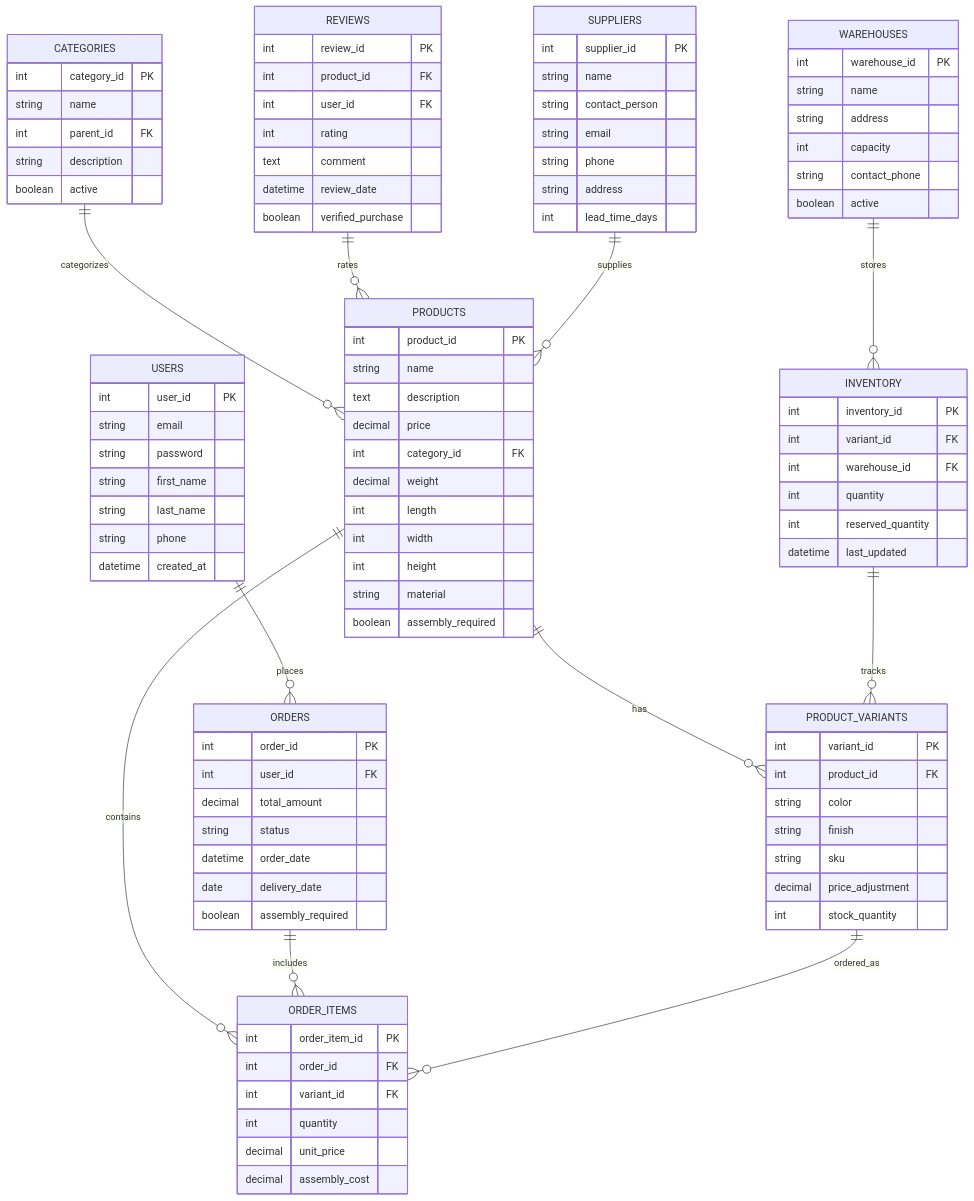
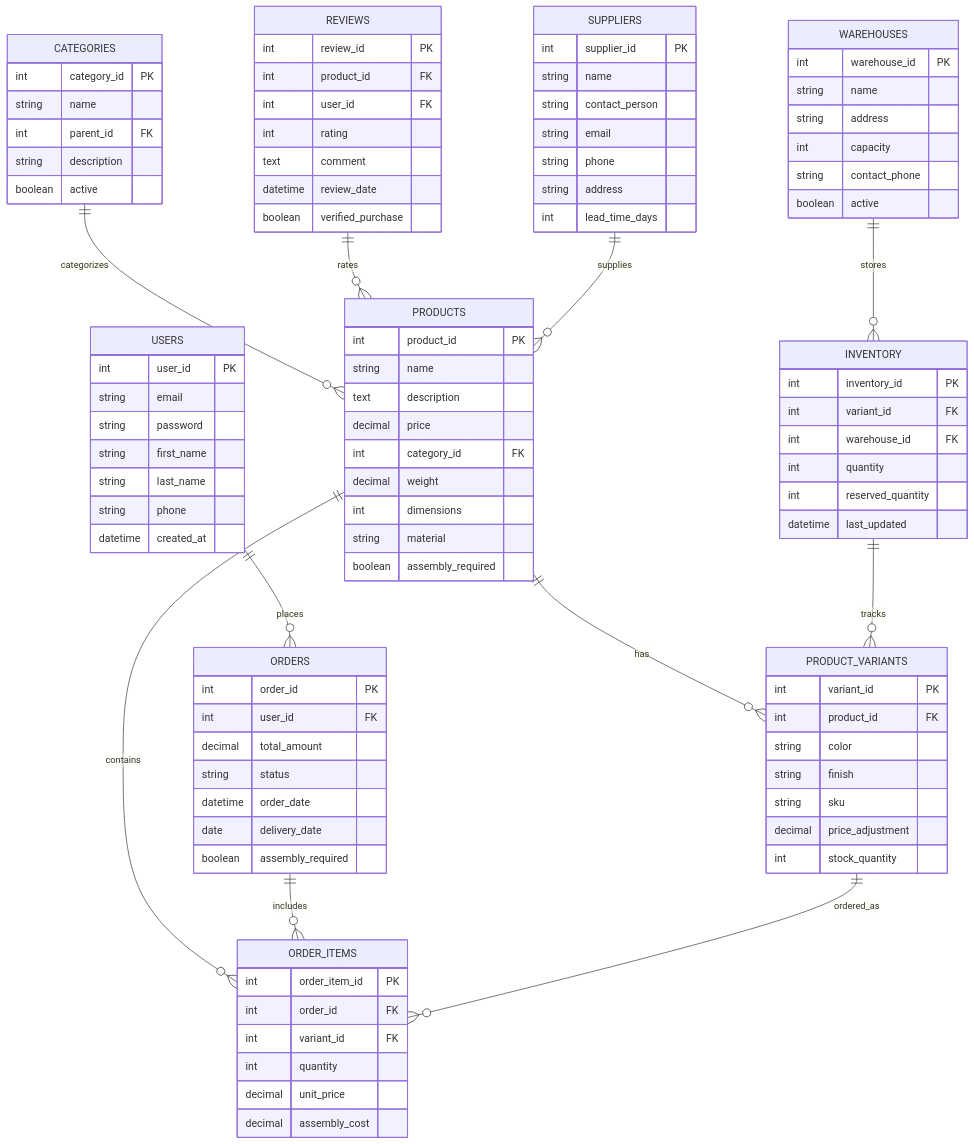
One commit to Akanksha-codes/furniture-webshop changed the diagram in furniture-db-diagram-clear.mermaid. Above: the diagram before and after it, drawn with Mermaid.

```diff
--- a/furniture-db-diagram-clear.mermaid
+++ b/furniture-db-diagram-clear.mermaid
@@ -1,109 +1,107 @@
 erDiagram
     USERS ||--o{ ORDERS : places
     USERS {
         int user_id PK
         string email
         string password
         string first_name
         string last_name
         string phone
         datetime created_at
     }
     
     PRODUCTS ||--o{ PRODUCT_VARIANTS : has
     PRODUCTS ||--o{ ORDER_ITEMS : contains
     PRODUCTS {
         int product_id PK
         string name
         text description
         decimal price
         int category_id FK
         decimal weight
-        int length
-        int width
-        int height
+        int dimensions
         string material
         boolean assembly_required
     }
 
     CATEGORIES ||--o{ PRODUCTS : categorizes
     CATEGORIES {
         int category_id PK
         string name
         int parent_id FK
         string description
         boolean active
     }
 
     ORDERS ||--o{ ORDER_ITEMS : includes
     ORDERS {
         int order_id PK
         int user_id FK
         decimal total_amount
         string status
         datetime order_date
         date delivery_date
         boolean assembly_required
     }
 
     PRODUCT_VARIANTS ||--o{ ORDER_ITEMS : ordered_as
     PRODUCT_VARIANTS {
         int variant_id PK
         int product_id FK
         string color
         string finish
         string sku
         decimal price_adjustment
         int stock_quantity
     }
 
     ORDER_ITEMS {
         int order_item_id PK
         int order_id FK
         int variant_id FK
         int quantity
         decimal unit_price
         decimal assembly_cost
     }
 
     INVENTORY ||--o{ PRODUCT_VARIANTS : tracks
     INVENTORY {
         int inventory_id PK
         int variant_id FK
         int warehouse_id FK
         int quantity
         int reserved_quantity
         datetime last_updated
     }
 
     WAREHOUSES ||--o{ INVENTORY : stores
     WAREHOUSES {
         int warehouse_id PK
         string name
         string address
         int capacity
         string contact_phone
         boolean active
     }
 
     REVIEWS ||--o{ PRODUCTS : rates
     REVIEWS {
         int review_id PK
         int product_id FK
         int user_id FK
         int rating
         text comment
         datetime review_date
         boolean verified_purchase
     }
 
     SUPPLIERS ||--o{ PRODUCTS : supplies
     SUPPLIERS {
         int supplier_id PK
         string name
         string contact_person
         string email
         string phone
         string address
         int lead_time_days
     }
```
